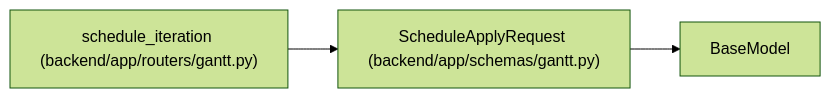
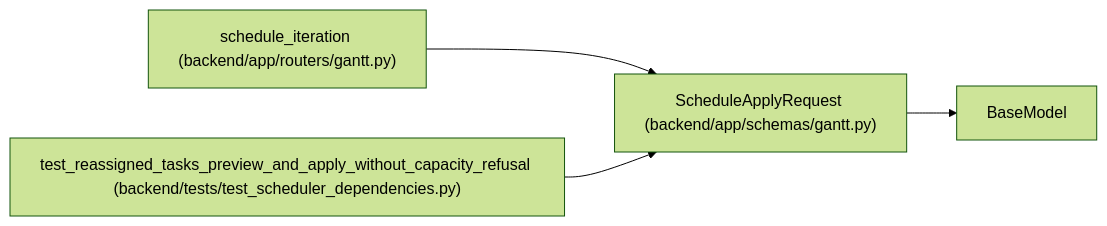
Before and after one commit to Denissvgn/WorkChord: the diagram in docs/llm_wiki/entities/ScheduleApplyRequest.md, drawn with Mermaid (forest theme). The commit also changed other lines of this file and 2373 other files, not shown here.

````diff
--- a/docs/llm_wiki/entities/ScheduleApplyRequest.md
+++ b/docs/llm_wiki/entities/ScheduleApplyRequest.md
@@ -27,10 +27,13 @@
 ```mermaid
 flowchart LR
     n0["ScheduleApplyRequest (backend/app/schemas/gantt.py)"]
     n1["BaseModel"]
     n2["schedule_iteration (backend/app/routers/gantt.py)"]
+    n3["test_reassigned_tasks_preview_and_apply_without_capacity_refusal (backend/tests/test_scheduler_dependencies.py)"]
     n0 --> n1
     n2 --> n0
+    n3 --> n0
     click n0 "../modules/schemas_gantt.md"
     click n2 "../modules/routers_gantt.md"
+    click n3 "../modules/test_scheduler_dependencies.md"
 ```
````
